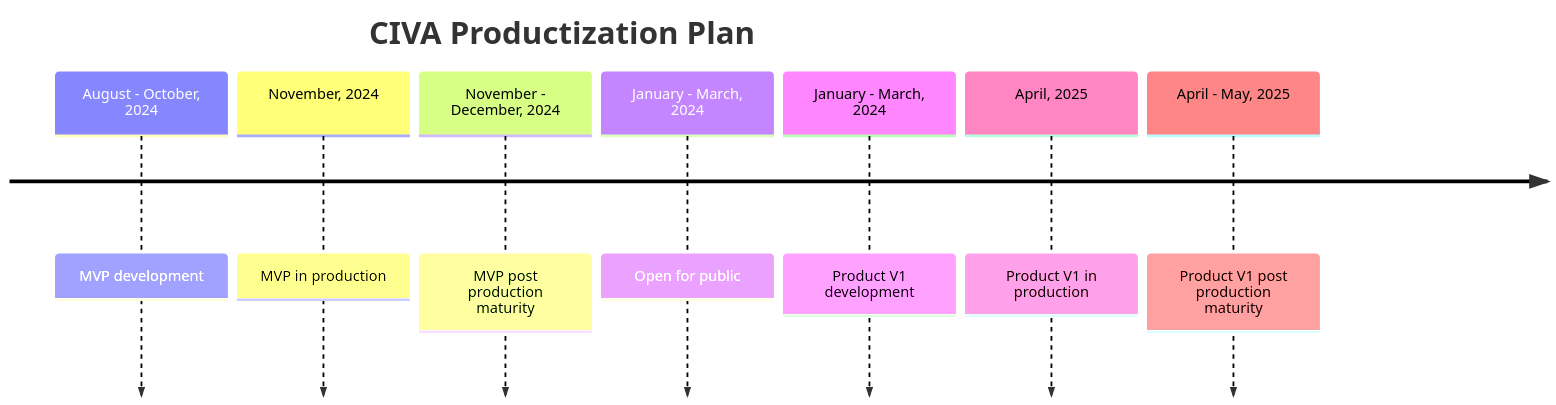
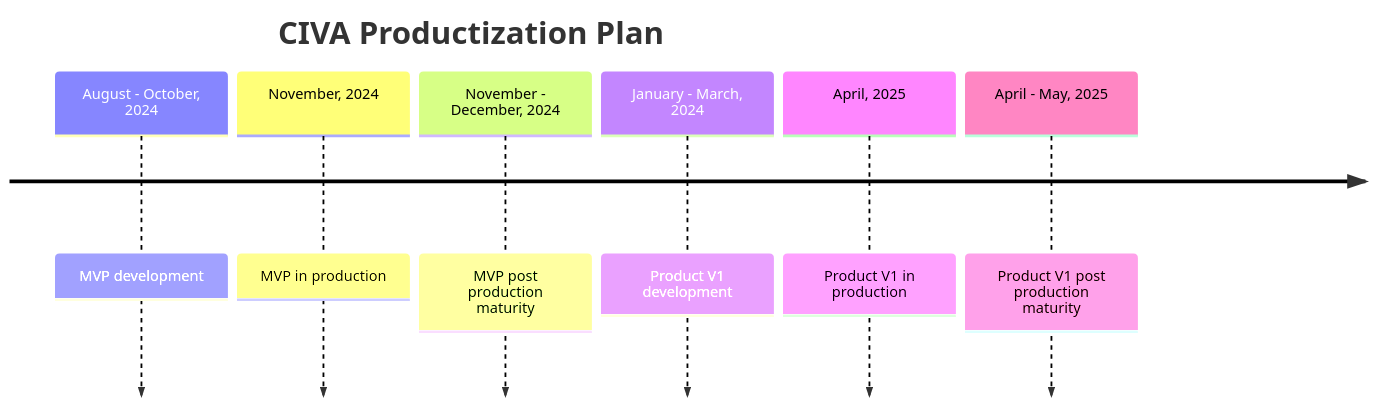
Before and after one commit to UXlySoftware/CIVA-Solution-Architecture: the diagram in road-map/roadmap.md, drawn with Mermaid. The commit also changed other lines of this file, not shown here.

````diff
--- a/road-map/roadmap.md
+++ b/road-map/roadmap.md
@@ -13,12 +13,11 @@
 ```mermaid
 timeline
     title CIVA Productization Plan
     August - October, 2024: MVP development
     November, 2024: MVP in production
     November - December, 2024: MVP post production maturity
-    January - March, 2024: Open for public
     January - March, 2024: Product V1 development
     April, 2025: Product V1 in production
     April - May, 2025: Product V1 post production maturity
 
 ```
````
